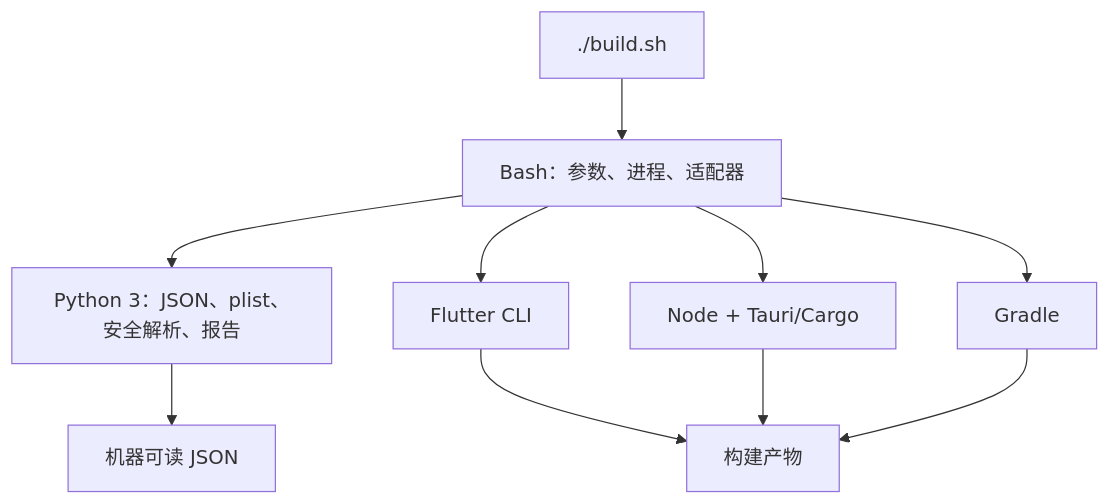
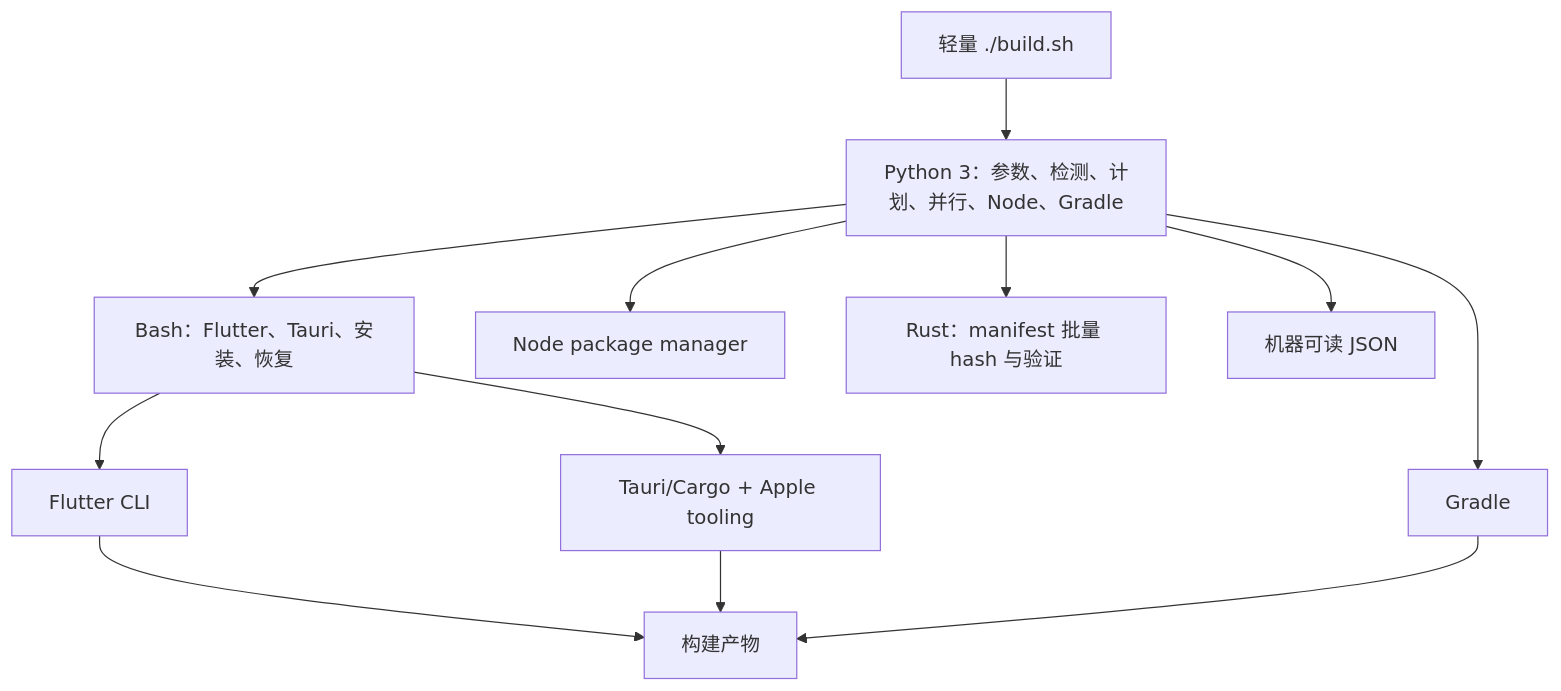
Before and after one commit to kimdzhekhon/Universal-Build-Script: the third of 8 diagrams in README.zh-CN.md, drawn with Mermaid. The commit also changed other lines of this file and 21 other files, not shown here.

Commit message:
feat: shift orchestration to Python and Rust

````diff
--- a/README.zh-CN.md
+++ b/README.zh-CN.md
@@ -95,12 +95,14 @@
 ```mermaid
 flowchart TB
-    E["./build.sh"] --> S["Bash：参数、进程、适配器"]
-    S --> P["Python 3：JSON、plist、安全解析、报告"]
+    E["轻量 ./build.sh"] --> P["Python 3：参数、检测、计划、并行、Node、Gradle"]
+    P --> S["Bash：Flutter、Tauri、安装、恢复"]
+    P --> N["Node package manager"]
+    P --> G["Gradle"]
     S --> F["Flutter CLI"]
-    S --> T["Node + Tauri/Cargo"]
-    S --> G["Gradle"]
+    S --> T["Tauri/Cargo + Apple tooling"]
+    P --> R["Rust：manifest 批量 hash 与验证"]
     P --> J["机器可读 JSON"]
     F --> A["构建产物"]
     T --> A
     G --> A
 ```
````
